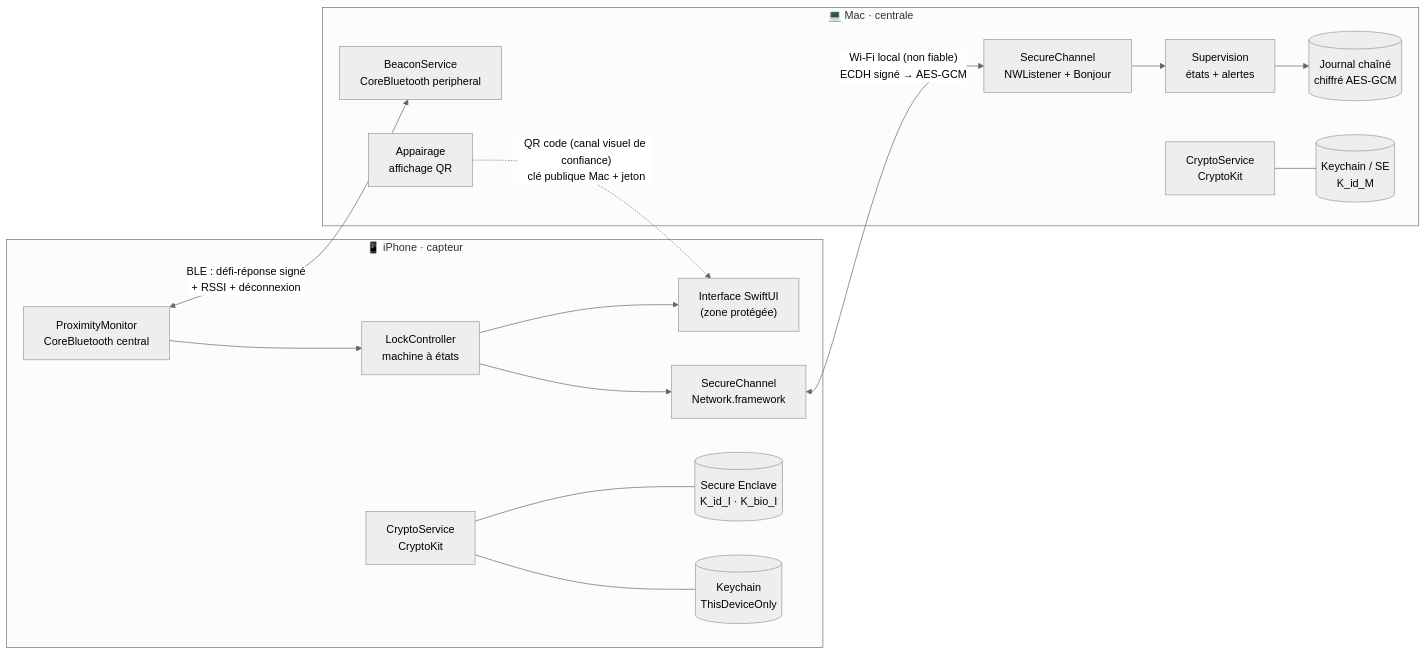
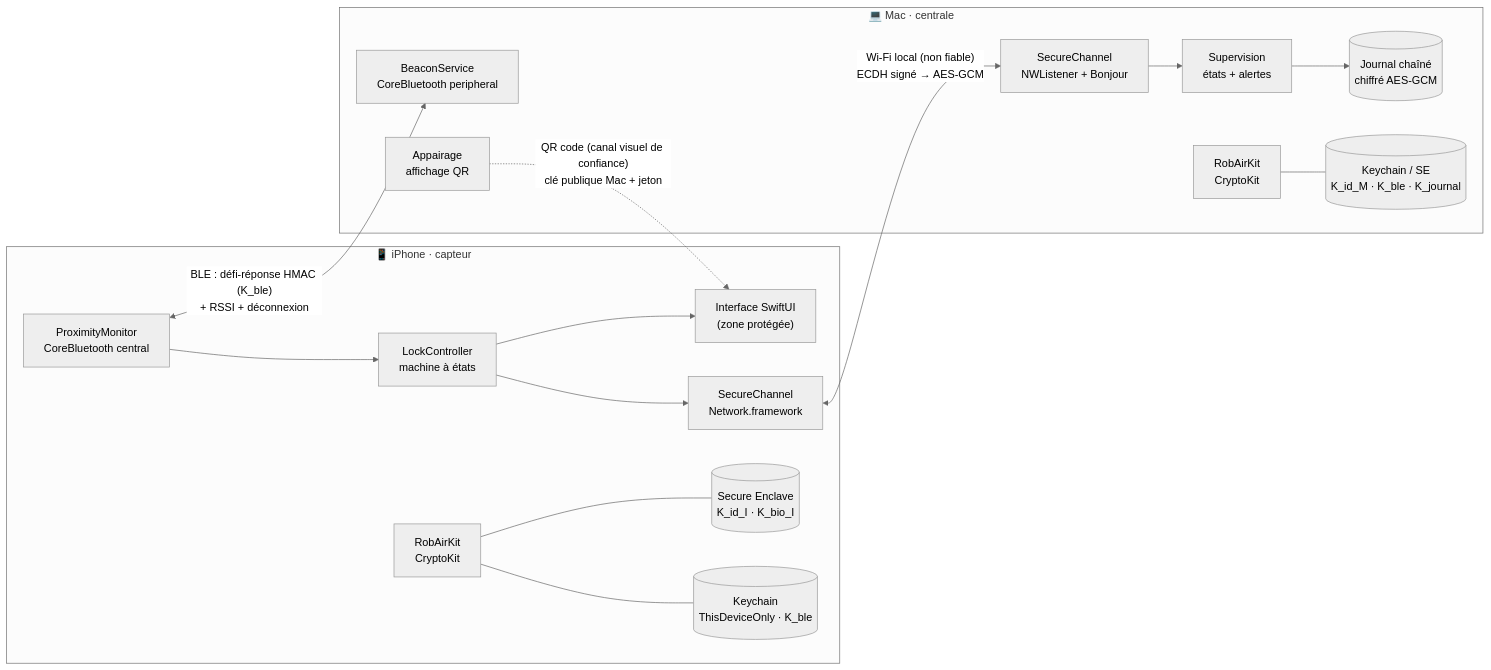
The first of 6 diagrams in docs/J2-architecture.md (Br4tha/RobAir), drawn with Mermaid (neutral theme) before and after one commit. The commit also changed other lines of this file and 3 other files, not shown here.

````diff
--- a/docs/J2-architecture.md
+++ b/docs/J2-architecture.md
@@ -10,33 +10,33 @@
 ```mermaid
 flowchart LR
     subgraph iPhone["📱 iPhone · capteur"]
         UI_I["Interface SwiftUI<br/>(zone protégée)"]
         PROX["ProximityMonitor<br/>CoreBluetooth central"]
         LOCK["LockController<br/>machine à états"]
-        CRYPT_I["CryptoService<br/>CryptoKit"]
+        CRYPT_I["RobAirKit<br/>CryptoKit"]
         NET_I["SecureChannel<br/>Network.framework"]
         SE_I[("Secure Enclave<br/>K_id_I · K_bio_I")]
-        KC_I[("Keychain<br/>ThisDeviceOnly")]
+        KC_I[("Keychain<br/>ThisDeviceOnly · K_ble")]
     end
 
     subgraph Mac["💻 Mac · centrale"]
         BEACON["BeaconService<br/>CoreBluetooth peripheral"]
         NET_M["SecureChannel<br/>NWListener + Bonjour"]
-        CRYPT_M["CryptoService<br/>CryptoKit"]
+        CRYPT_M["RobAirKit<br/>CryptoKit"]
         SUPER["Supervision<br/>états + alertes"]
         JOURNAL[("Journal chaîné<br/>chiffré AES-GCM")]
-        KC_M[("Keychain / SE<br/>K_id_M")]
+        KC_M[("Keychain / SE<br/>K_id_M · K_ble · K_journal")]
         PAIR["Appairage<br/>affichage QR"]
     end
 
-    PROX <-->|"BLE : défi-réponse signé<br/>+ RSSI + déconnexion"| BEACON
+    PROX <-->|"BLE : défi-réponse HMAC (K_ble)<br/>+ RSSI + déconnexion"| BEACON
     NET_I <-->|"Wi-Fi local (non fiable)<br/>ECDH signé → AES-GCM"| NET_M
     PAIR -.->|"QR code (canal visuel de confiance)<br/>clé publique Mac + jeton"| UI_I
 
     PROX --> LOCK --> UI_I
     LOCK --> NET_I
     CRYPT_I --- SE_I
     CRYPT_I --- KC_I
     NET_M --> SUPER --> JOURNAL
     CRYPT_M --- KC_M
 ```
````
